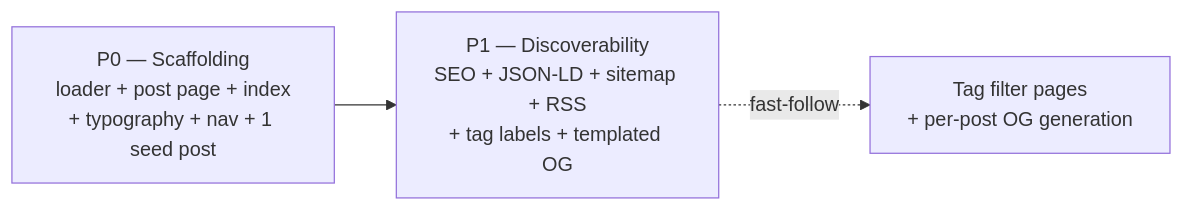
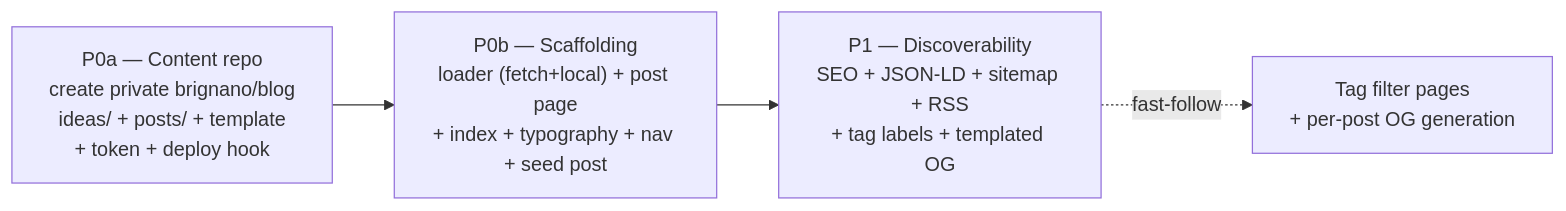
Before and after one commit to brignano/brignano.io: the third of 3 diagrams in docs/tsd-blog.md, drawn with Mermaid. The commit also changed other lines of this file, not shown here.

First line of the commit message:
docs(blog): externalize content to private brignano/blog with idea catalog

````diff
--- a/docs/tsd-blog.md
+++ b/docs/tsd-blog.md
@@ -144,5 +194,6 @@
 ```mermaid
 graph LR
-    P0["P0 — Scaffolding<br/>loader + post page + index<br/>+ typography + nav + 1 seed post"] --> P1["P1 — Discoverability<br/>SEO + JSON-LD + sitemap + RSS<br/>+ tag labels + templated OG"]
+    PR["P0a — Content repo<br/>create private brignano/blog<br/>ideas/ + posts/ + template<br/>+ token + deploy hook"] --> P0["P0b — Scaffolding<br/>loader (fetch+local) + post page<br/>+ index + typography + nav + seed post"]
+    P0 --> P1["P1 — Discoverability<br/>SEO + JSON-LD + sitemap + RSS<br/>+ tag labels + templated OG"]
     P1 -.fast-follow.-> F["Tag filter pages<br/>+ per-post OG generation"]
 ```
````
